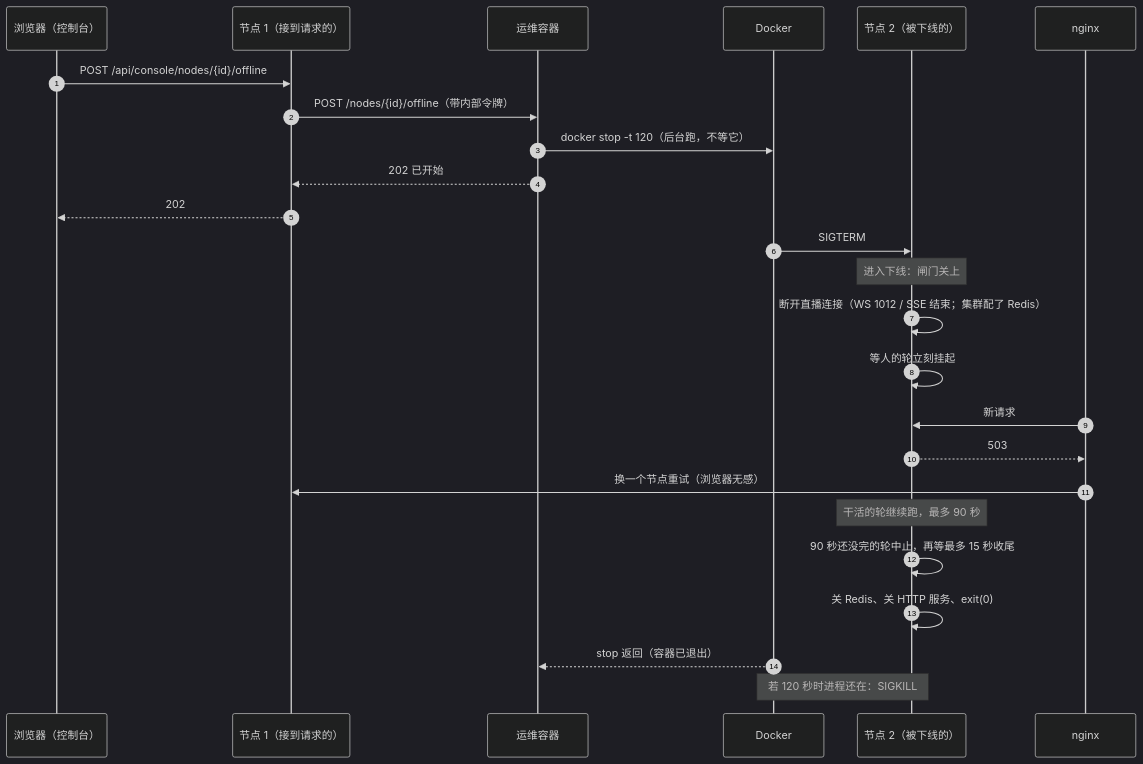
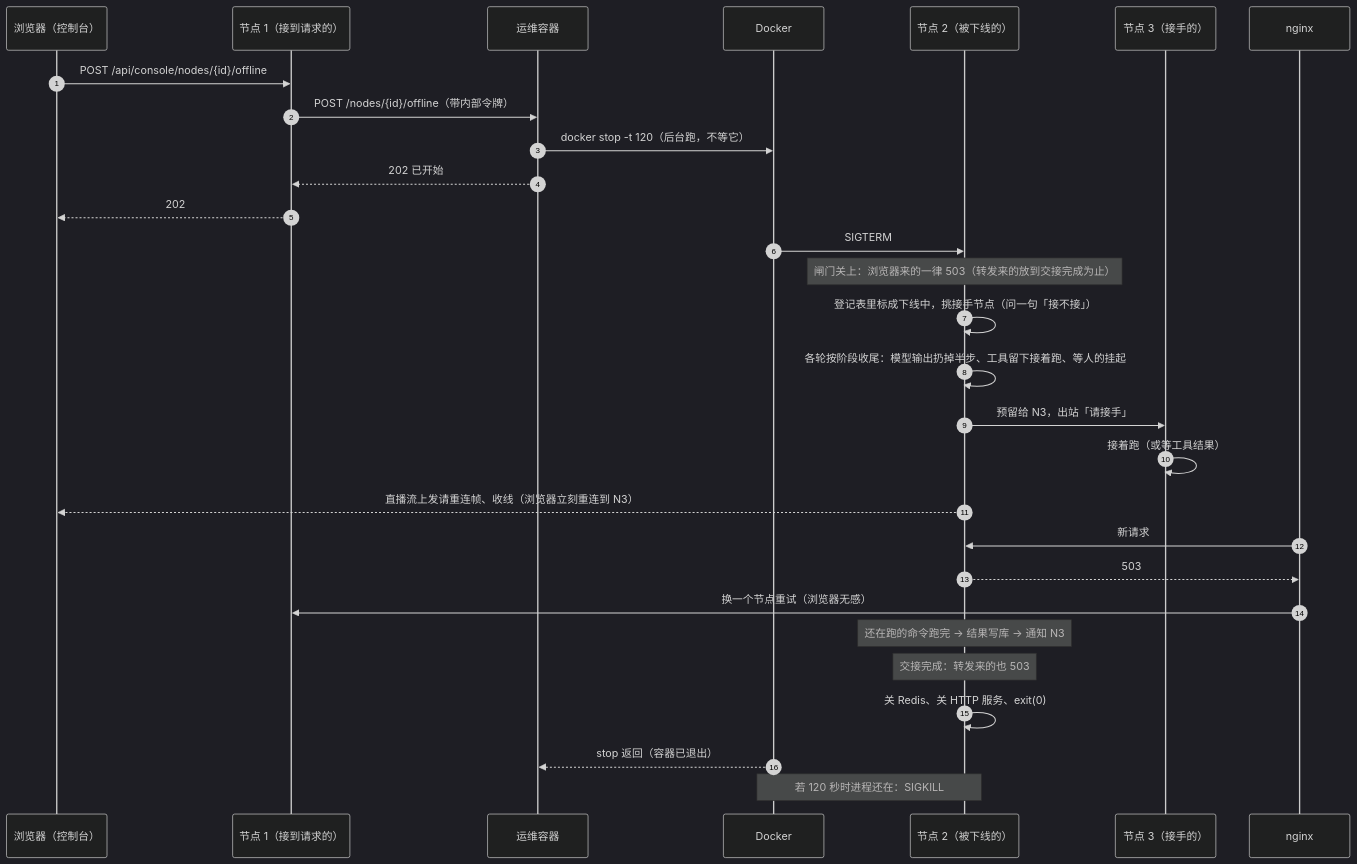
The third of 3 diagrams in docs/host/node/tech/cluster-console.md (ludafa/runko), drawn with Mermaid (dark theme) before and after one commit. The commit also changed other lines of this file and 14 other files, not shown here.

````diff
--- a/docs/host/node/tech/cluster-console.md
+++ b/docs/host/node/tech/cluster-console.md
@@ -79,27 +81,31 @@
 ```mermaid
 sequenceDiagram
   autonumber
   participant U as 浏览器（控制台）
   participant N1 as 节点 1（接到请求的）
   participant O as 运维容器
   participant D as Docker
   participant N2 as 节点 2（被下线的）
+  participant N3 as 节点 3（接手的）
   participant X as nginx
   U->>N1: POST /api/console/nodes/{id}/offline
   N1->>O: POST /nodes/{id}/offline（带内部令牌）
   O->>D: docker stop -t 120（后台跑，不等它）
   O-->>N1: 202 已开始
   N1-->>U: 202
   D->>N2: SIGTERM
-  Note over N2: 进入下线：闸门关上
-  N2->>N2: 断开直播连接（WS 1012 / SSE 结束；集群配了 Redis）
-  N2->>N2: 等人的轮立刻挂起
+  Note over N2: 闸门关上：浏览器来的一律 503（转发来的放到交接完成为止）
+  N2->>N2: 登记表里标成下线中，挑接手节点（问一句「接不接」）
+  N2->>N2: 各轮按阶段收尾：模型输出扔掉半步、工具留下接着跑、等人的挂起
+  N2->>N3: 预留给 N3，出站「请接手」
+  N3->>N3: 接着跑（或等工具结果）
+  N2-->>U: 直播流上发请重连帧、收线（浏览器立刻重连到 N3）
   X->>N2: 新请求
   N2-->>X: 503
   X->>N1: 换一个节点重试（浏览器无感）
-  Note over N2: 干活的轮继续跑，最多 90 秒
-  N2->>N2: 90 秒还没完的轮中止，再等最多 15 秒收尾
+  Note over N2: 还在跑的命令跑完 → 结果写库 → 通知 N3
+  Note over N2: 交接完成：转发来的也 503
   N2->>N2: 关 Redis、关 HTTP 服务、exit(0)
   D-->>O: stop 返回（容器已退出）
   Note over D,N2: 若 120 秒时进程还在：SIGKILL
 ```
````
